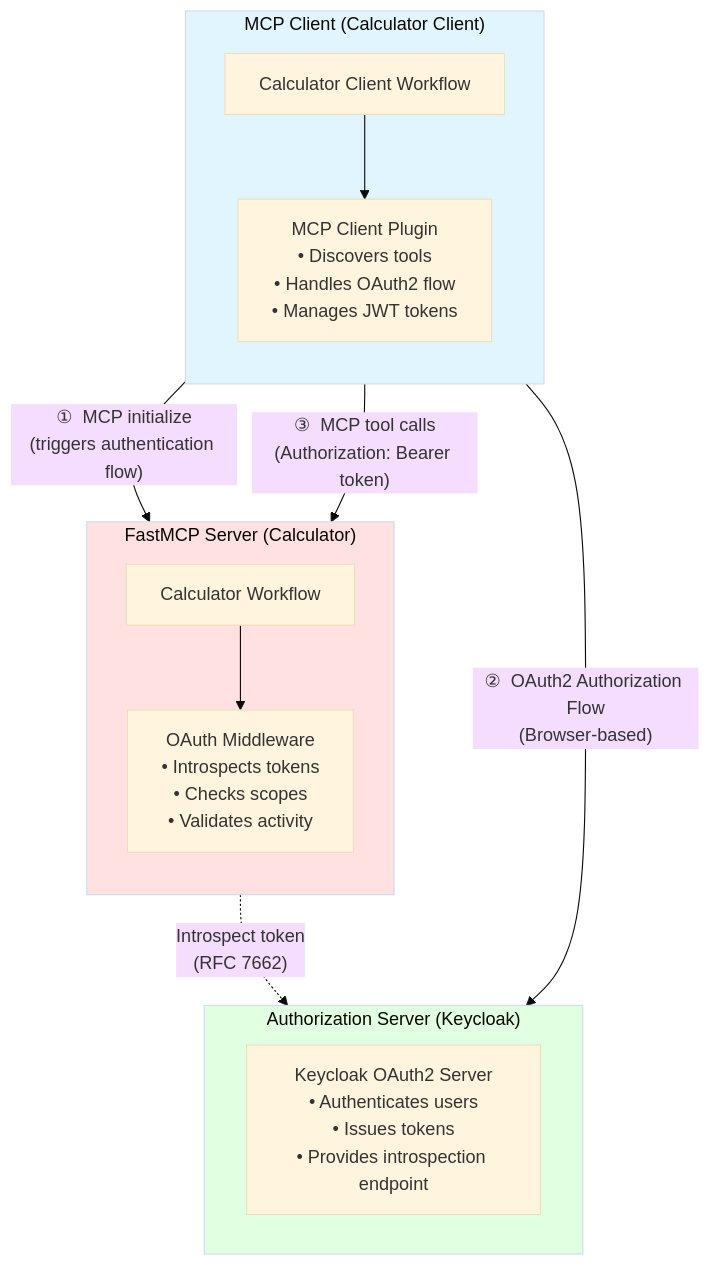
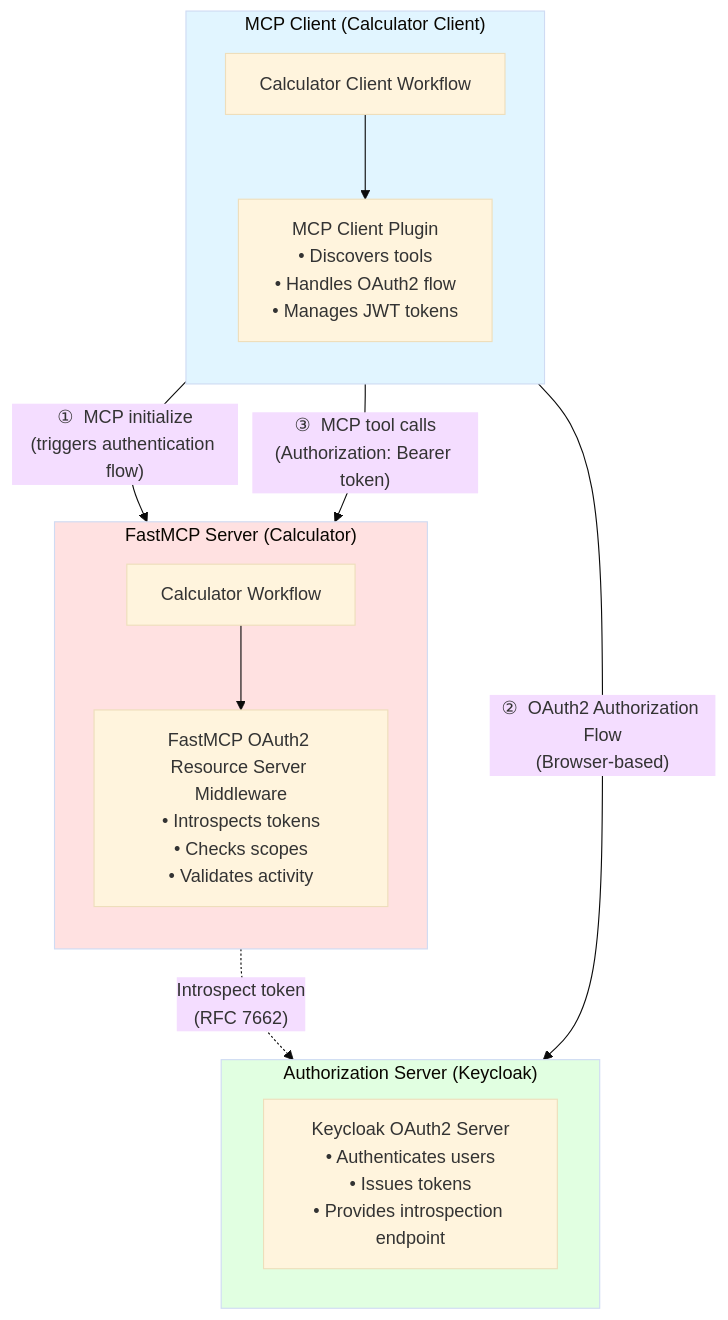
One commit to NVIDIA/NeMo-Agent-Toolkit changed the diagram in examples/MCP/simple_calculator_fastmcp_protected/README.md. Above: the diagram before and after it, drawn with Mermaid (base theme). The commit also changed other lines of this file and 2 other files, not shown here.

````diff
--- a/examples/MCP/simple_calculator_fastmcp_protected/README.md
+++ b/examples/MCP/simple_calculator_fastmcp_protected/README.md
@@ -28,30 +28,30 @@
 ```mermaid
 graph TB
     subgraph Client["MCP Client (Calculator Client)"]
         direction TB
         CalculatorClient["Calculator Client Workflow"]
         MCPClientPlugin["MCP Client Plugin<br/>• Discovers tools<br/>• Handles OAuth2 flow<br/>• Manages JWT tokens"]
         CalculatorClient --> MCPClientPlugin
     end
 
     subgraph Server["FastMCP Server (Calculator)"]
         direction TB
         Calculator["Calculator Workflow"]
-        OAuthMiddleware["OAuth Middleware<br/>• Introspects tokens<br/>• Checks scopes<br/>• Validates activity"]
+        OAuthMiddleware["FastMCP OAuth2 Resource Server Middleware<br/>• Introspects tokens<br/>• Checks scopes<br/>• Validates activity"]
         Calculator --> OAuthMiddleware
     end
 
     subgraph Auth["Authorization Server (Keycloak)"]
         direction LR
         AuthCore["Keycloak OAuth2 Server<br/>• Authenticates users<br/>• Issues tokens<br/>• Provides introspection endpoint"]
     end
 
     MCPClientPlugin -->|"①  MCP initialize<br/>(triggers authentication flow)"| Calculator
     MCPClientPlugin -->|"②  OAuth2 Authorization Flow<br/>(Browser-based)"| AuthCore
     MCPClientPlugin -->|"③  MCP tool calls<br/>(Authorization: Bearer token)"| Calculator
     OAuthMiddleware -.->|"Introspect token<br/>(RFC 7662)"| AuthCore
 
     style Client fill:#e1f5ff
     style Server fill:#ffe1e1
     style Auth fill:#e1ffe1
 ```
````
